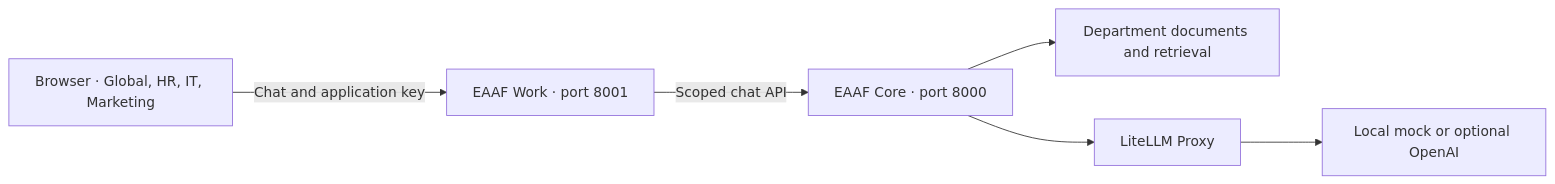
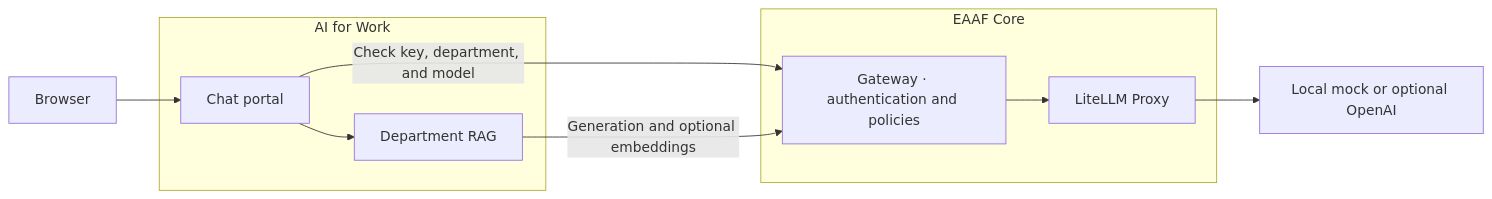
The diagram in README.md (tandrian06/eaaf-work), drawn with Mermaid before and after one commit. The commit also changed other lines of this file and 12 other files, not shown here.

Commit message:
Run department RAG in EAAF Work

````diff
--- a/README.md
+++ b/README.md
@@ -19,8 +27,13 @@
 ```mermaid
 flowchart LR
-    Browser["Browser · Global, HR, IT, Marketing"] -->|"Chat and application key"| Work["EAAF Work · port 8001"]
-    Work -->|"Scoped chat API"| Core["EAAF Core · port 8000"]
-    Core --> Corpus["Department documents and retrieval"]
-    Core --> LiteLLM["LiteLLM Proxy"]
-    LiteLLM --> Provider["Local mock or optional OpenAI"]
+    Browser["Browser"] --> Portal
+    subgraph Work["AI for Work"]
+        Portal["Chat portal"] --> RAG["Department RAG"]
+    end
+    subgraph Core["EAAF Core"]
+        Gateway["Gateway · authentication and policies"] --> Router["LiteLLM Proxy"]
+    end
+    Portal -->|"Check key, department, and model"| Gateway
+    RAG -->|"Generation and optional embeddings"| Gateway
+    Router --> Provider["Local mock or optional OpenAI"]
 ```
````
